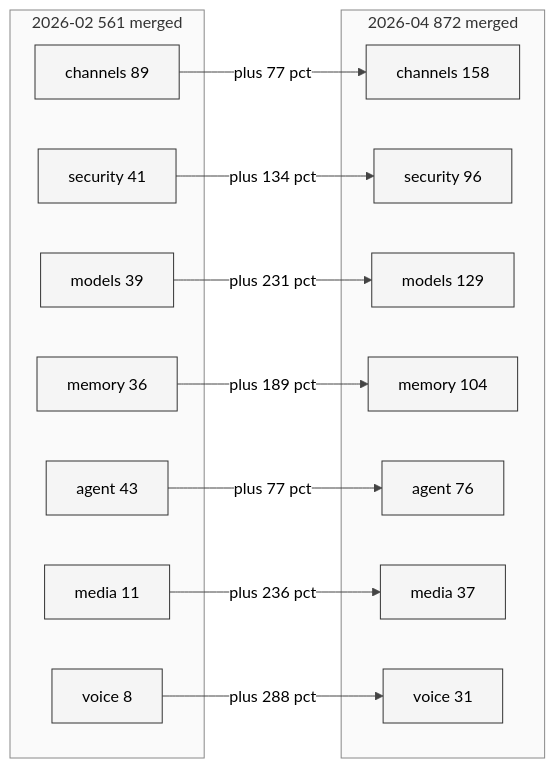
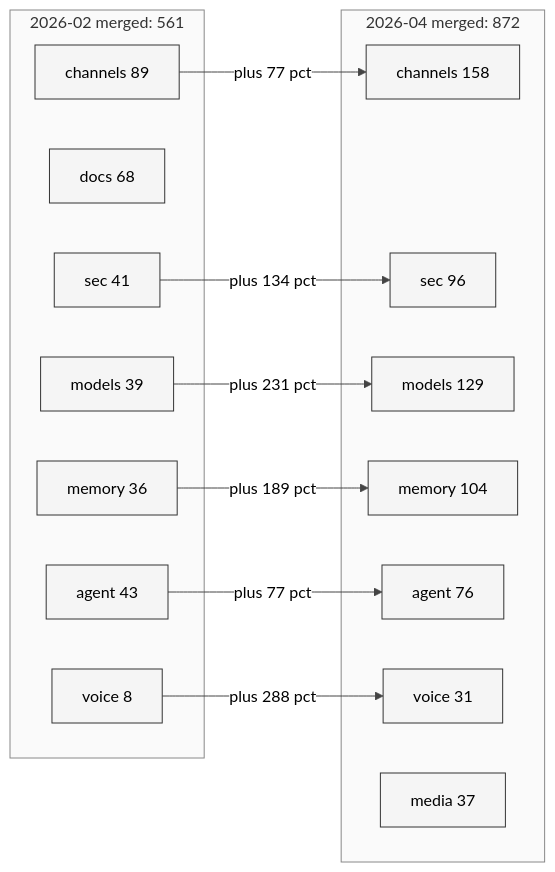
One commit to xiaonancs/openclaw-study changed the first of 2 diagrams in Part IV Variants and PR Evolution/22 二月至今 PR 演进全景.md. Above: the diagram before and after it, drawn with Mermaid. The commit also changed other lines of this file and 3 other files, not shown here.

````diff
--- a/Part IV Variants and PR Evolution/22 二月至今 PR 演进全景.md
+++ b/Part IV Variants and PR Evolution/22 二月至今 PR 演进全景.md
@@ -129,29 +170,28 @@
 ```mermaid
 %%{init: {'theme': 'neutral', 'themeVariables': {'background': '#ffffff', 'primaryColor': '#f5f5f5', 'primaryTextColor': '#000000', 'primaryBorderColor': '#333333', 'lineColor': '#444444', 'textColor': '#000000', 'mainBkg': '#f5f5f5', 'nodeBorder': '#333333', 'clusterBkg': '#fafafa', 'clusterBorder': '#888888', 'edgeLabelBackground': '#ffffff'}}}%%
 flowchart LR
-    subgraph Feb["2026-02 561 merged"]
+    subgraph Feb["2026-02 merged: 561"]
         F_Ch[channels 89]
-        F_Sec[security 41]
+        F_Doc[docs 68]
+        F_Ag[agent 43]
+        F_Sec[sec 41]
         F_Mod[models 39]
         F_Mem[memory 36]
-        F_Ag[agent 43]
-        F_Media[media 11]
         F_Voice[voice 8]
     end
-    subgraph Apr["2026-04 872 merged"]
+    subgraph Apr["2026-04 merged: 872"]
         A_Ch[channels 158]
-        A_Sec[security 96]
+        A_Sec[sec 96]
         A_Mod[models 129]
         A_Mem[memory 104]
         A_Ag[agent 76]
+        A_Voice[voice 31]
         A_Media[media 37]
-        A_Voice[voice 31]
     end
     F_Ch -->|"plus 77 pct"| A_Ch
     F_Sec -->|"plus 134 pct"| A_Sec
     F_Mod -->|"plus 231 pct"| A_Mod
     F_Mem -->|"plus 189 pct"| A_Mem
     F_Ag -->|"plus 77 pct"| A_Ag
-    F_Media -->|"plus 236 pct"| A_Media
     F_Voice -->|"plus 288 pct"| A_Voice
 ```
````
